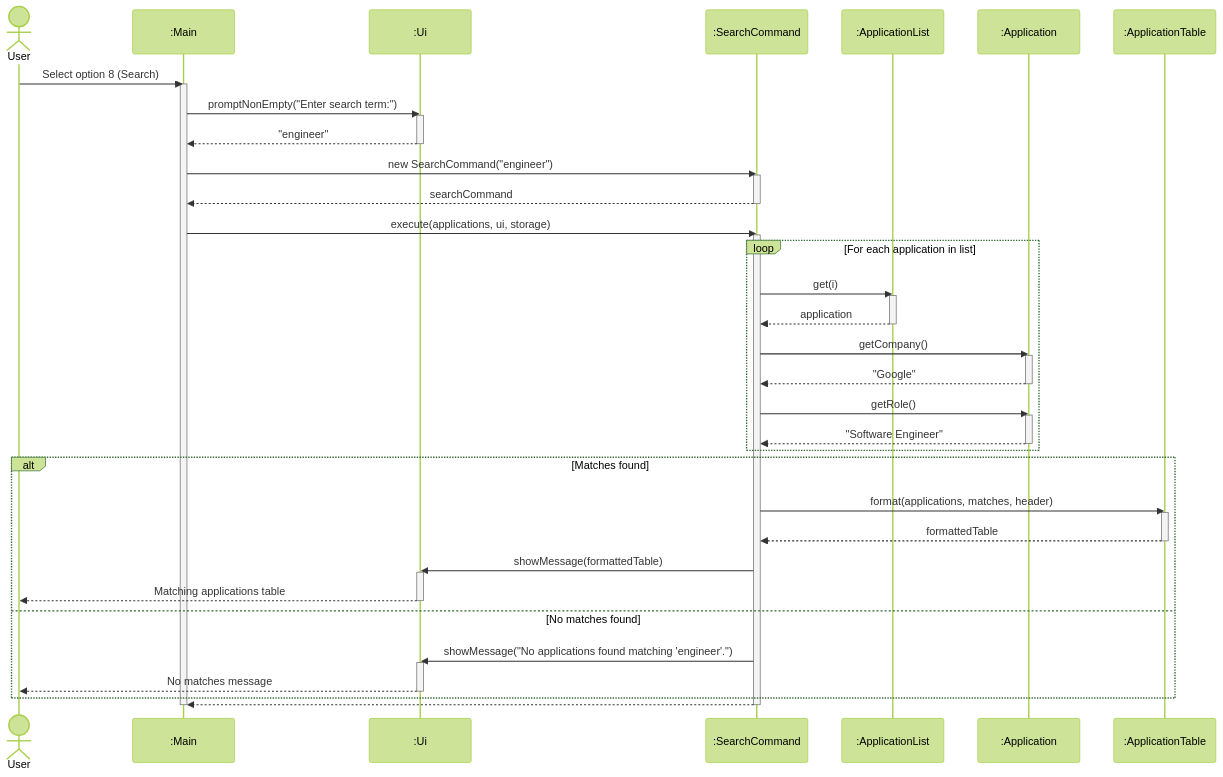
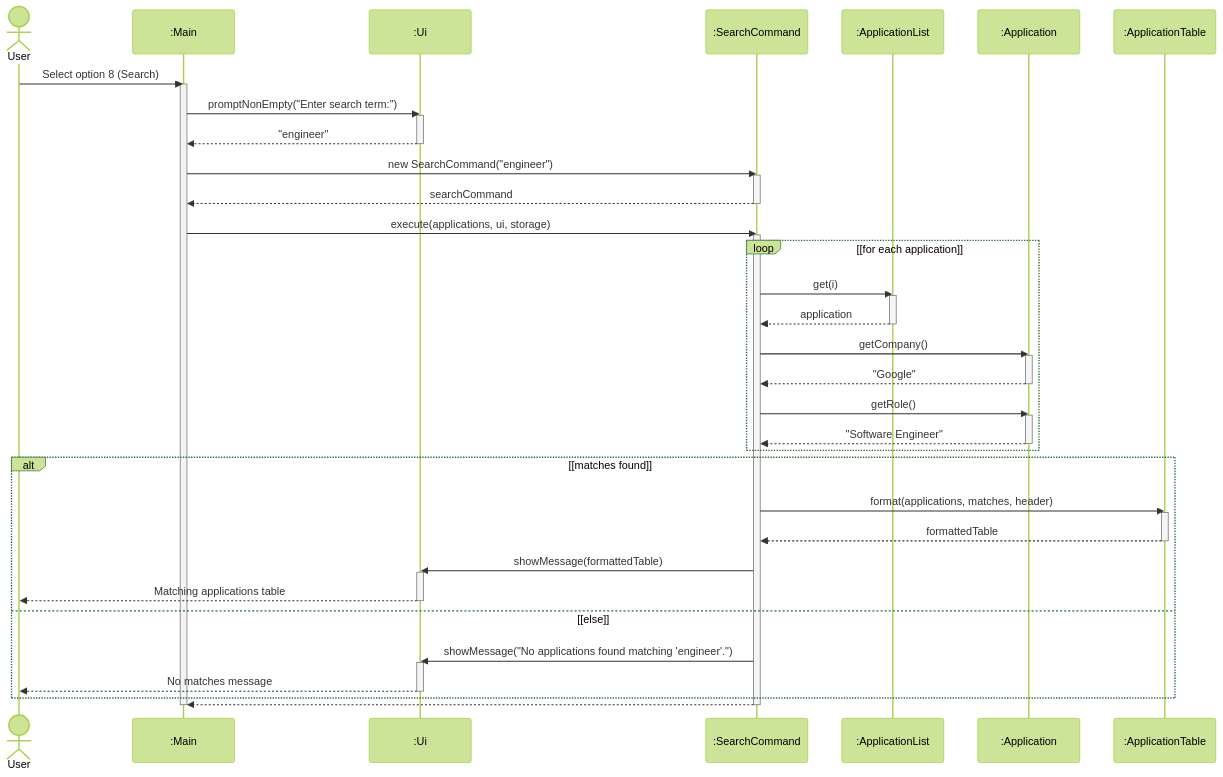
Before and after one commit to AY2627S1-CS2113-T10-2/tp: diagram 15 of 21 in docs/DeveloperGuide.md, drawn with Mermaid (forest theme). The commit also changed other lines of this file, not shown here.

First line of the commit message:
docs: align diagrams with reference guidelines and compact activity/object layouts

````diff
--- a/docs/DeveloperGuide.md
+++ b/docs/DeveloperGuide.md
@@ -883,58 +819,58 @@
 ```mermaid
 sequenceDiagram
     actor user as User
     participant main as :Main
     participant ui as :Ui
     participant cmd as :SearchCommand
     participant list as :ApplicationList
     participant app as :Application
     participant table as :ApplicationTable
 
     user->>main: Select option 8 (Search)
     activate main
     main->>ui: promptNonEmpty("Enter search term:")
     activate ui
     ui-->>main: "engineer"
     deactivate ui
     main->>cmd: new SearchCommand("engineer")
     activate cmd
     cmd-->>main: searchCommand
     deactivate cmd
     main->>cmd: execute(applications, ui, storage)
     activate cmd
 
-    loop For each application in list
+    loop [for each application]
         cmd->>list: get(i)
         activate list
         list-->>cmd: application
         deactivate list
         cmd->>app: getCompany()
         activate app
         app-->>cmd: "Google"
         deactivate app
         cmd->>app: getRole()
         activate app
         app-->>cmd: "Software Engineer"
         deactivate app
     end
 
-    alt Matches found
+    alt [matches found]
         cmd->>table: format(applications, matches, header)
         activate table
         table-->>cmd: formattedTable
         deactivate table
         cmd->>ui: showMessage(formattedTable)
         activate ui
         ui-->>user: Matching applications table
         deactivate ui
-    else No matches found
+    else [else]
         cmd->>ui: showMessage("No applications found matching 'engineer'.")
         activate ui
         ui-->>user: No matches message
         deactivate ui
     end
 
     cmd-->>main: 
     deactivate cmd
     deactivate main
 ```
````
